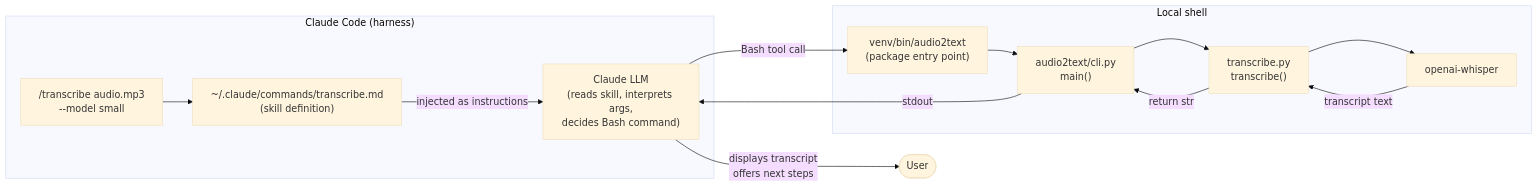
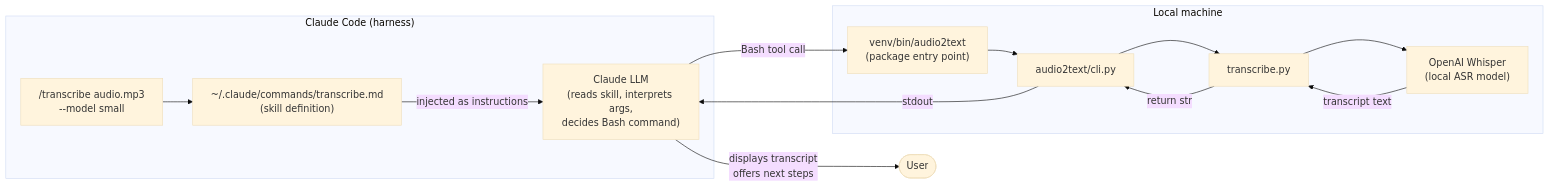
The first of 5 diagrams in ARCHITECTURE.md (Grant-Steinfeld/audio2text), drawn with Mermaid (base theme) before and after one commit. The commit also changed other lines of this file, not shown here.

First line of the commit message:
Document GPU acceleration and device selection in ARCHITECTURE.md

````diff
--- a/ARCHITECTURE.md
+++ b/ARCHITECTURE.md
@@ -125,26 +17,26 @@
 ```mermaid
 flowchart LR
     subgraph Claude["Claude Code (harness)"]
         Slash["/transcribe audio.mp3\n--model small"]
         Skill["~/.claude/commands/transcribe.md\n(skill definition)"]
         LLM["Claude LLM\n(reads skill, interprets args,\ndecides Bash command)"]
     end
 
-    subgraph Shell["Local shell"]
+    subgraph Shell["Local machine"]
         Venv["venv/bin/audio2text\n(package entry point)"]
-        CLI["audio2text/cli.py\nmain()"]
-        T["transcribe.py\ntranscribe()"]
-        W["openai-whisper"]
+        CLI["audio2text/cli.py"]
+        T["transcribe.py"]
+        W["OpenAI Whisper\n(local ASR model)"]
     end
 
     Slash --> Skill
     Skill -- "injected as instructions" --> LLM
     LLM -- "Bash tool call" --> Venv
     Venv --> CLI
     CLI --> T
     T --> W
     W -- "transcript text" --> T
     T -- "return str" --> CLI
     CLI -- "stdout" --> LLM
     LLM -- "displays transcript\noffers next steps" --> User(["User"])
 ```
````
